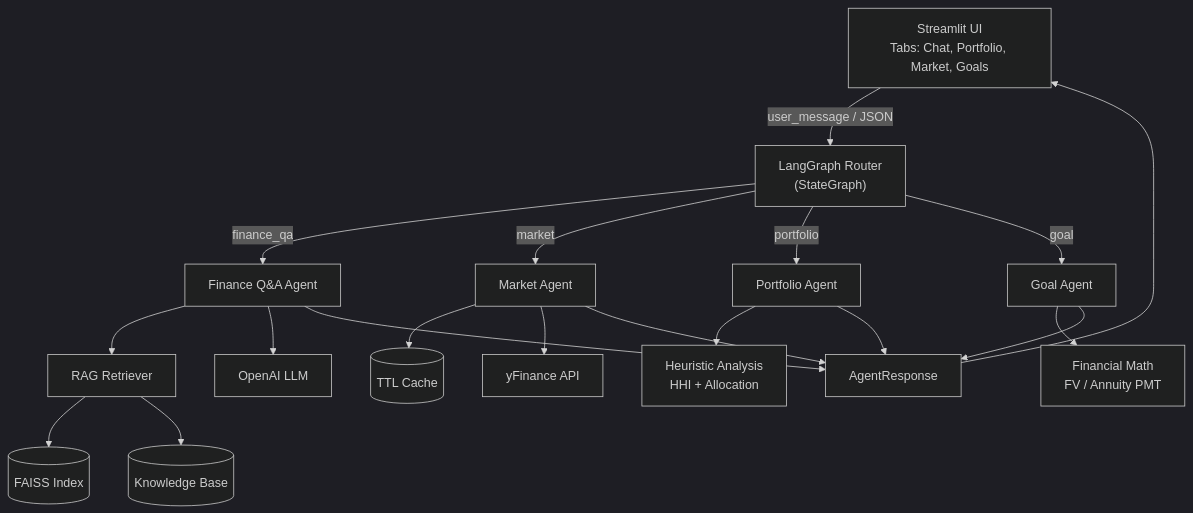
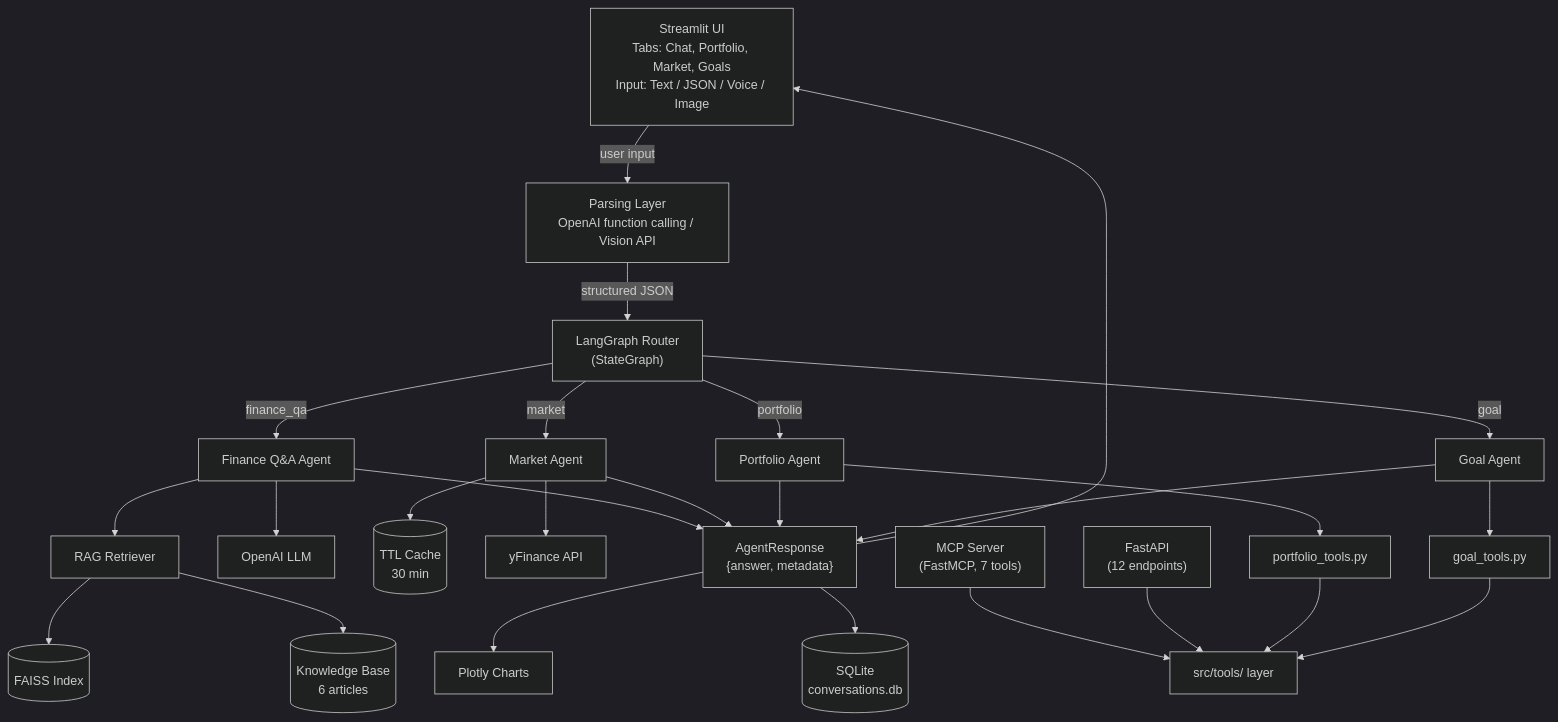
The first of 2 diagrams in Spec.md (sumeettakalkar/ai-finance-assistant), drawn with Mermaid (dark theme) before and after one commit. The commit also changed other lines of this file and 47 other files, not shown here.

Commit message:
MCP server, UI changes, Audio input

````diff
--- a/Spec.md
+++ b/Spec.md
@@ -35,28 +86,36 @@
 ```mermaid
 flowchart TB
-  UI["Streamlit UI<br/>Tabs: Chat, Portfolio, Market, Goals"]
-  UI -->|user_message / JSON| LG["LangGraph Router<br/>(StateGraph)"]
+  UI["Streamlit UI<br/>Tabs: Chat, Portfolio, Market, Goals<br/>Input: Text / JSON / Voice / Image"]
+  UI -->|user input| PARSE["Parsing Layer<br/>OpenAI function calling / Vision API"]
+  PARSE -->|structured JSON| LG["LangGraph Router<br/>(StateGraph)"]
 
   LG -->|finance_qa| QA["Finance Q&A Agent"]
   LG -->|market| MA["Market Agent"]
   LG -->|portfolio| PA["Portfolio Agent"]
   LG -->|goal| GA["Goal Agent"]
 
   QA --> RET["RAG Retriever"]
   RET --> FAISS[(FAISS Index)]
-  RET --> KB[(Knowledge Base)]
+  RET --> KB[(Knowledge Base<br/>6 articles)]
   QA --> LLM["OpenAI LLM"]
 
-  MA --> CACHE[(TTL Cache)]
+  MA --> CACHE[(TTL Cache<br/>30 min)]
   MA --> YF["yFinance API"]
 
-  PA --> MATH1["Heuristic Analysis<br/>HHI + Allocation"]
-  GA --> MATH2["Financial Math<br/>FV / Annuity PMT"]
+  PA --> PT["portfolio_tools.py"]
+  GA --> GT["goal_tools.py"]
 
-  QA --> RESP["AgentResponse"]
+  QA --> RESP["AgentResponse<br/>{answer, metadata}"]
   MA --> RESP
   PA --> RESP
   GA --> RESP
 
+  RESP --> CHARTS["Plotly Charts"]
+  RESP --> DB[(SQLite<br/>conversations.db)]
   RESP --> UI
+
+  MCP["MCP Server<br/>(FastMCP, 7 tools)"] --> TOOLS["src/tools/ layer"]
+  API["FastAPI<br/>(12 endpoints)"] --> TOOLS
+  PT --> TOOLS
+  GT --> TOOLS
 ```
````
